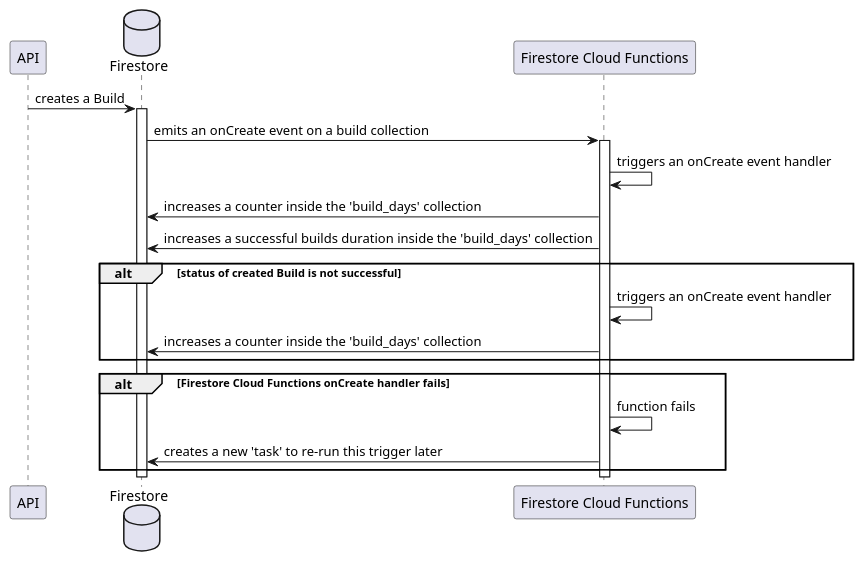
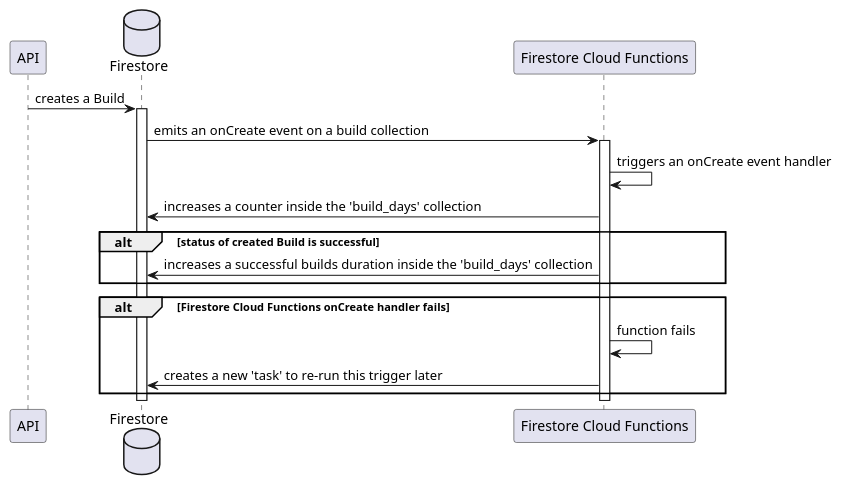
One commit to Flank/flank-dashboard changed the diagram in metrics/firebase/docs/features/builds_aggregation/diagrams/firestore_create_builds_aggregation_sequence_diagram.puml. Above: the diagram before and after it, drawn with PlantUML. The commit also changed 2 other files, not shown here.

```diff
--- a/metrics/firebase/docs/features/builds_aggregation/diagrams/firestore_create_builds_aggregation_sequence_diagram.puml
+++ b/metrics/firebase/docs/features/builds_aggregation/diagrams/firestore_create_builds_aggregation_sequence_diagram.puml
@@ -1,35 +1,33 @@
 @startuml firestore_create_builds_aggregation_sequence_diagram
     skinparam ParticipantPadding 20
     skinparam BoxPadding 10
 
     participant API
 
     database Firestore
 
     participant "Firestore Cloud Functions" as FCF
 
     API -> Firestore : creates a Build
     activate Firestore
 
     Firestore -> FCF : emits an onCreate event on a build collection
     activate FCF
 
     FCF -> FCF : triggers an onCreate event handler
     
     FCF -> Firestore : increases a counter inside the 'build_days' collection
-    FCF -> Firestore : increases a successful builds duration inside the 'build_days' collection
 
-    alt status of created Build is not successful
-        FCF -> FCF : triggers an onCreate event handler
-        FCF -> Firestore : increases a counter inside the 'build_days' collection
+    alt status of created Build is successful
+        FCF -> Firestore : increases a successful builds duration inside the 'build_days' collection
     end
 
     alt Firestore Cloud Functions onCreate handler fails
         FCF -> FCF : function fails
         FCF -> Firestore : creates a new 'task' to re-run this trigger later
     end
 
     deactivate FCF
     deactivate Firestore
 
 @enduml
```
